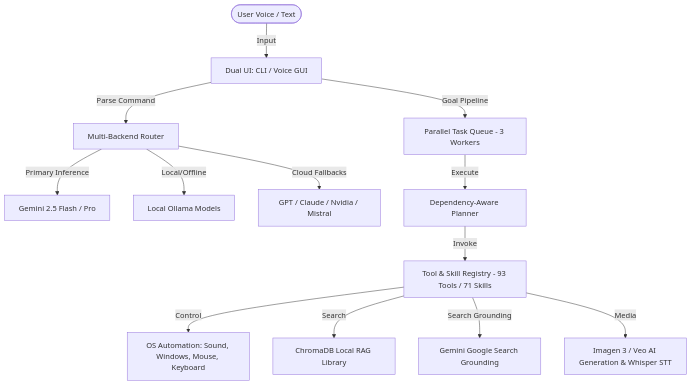
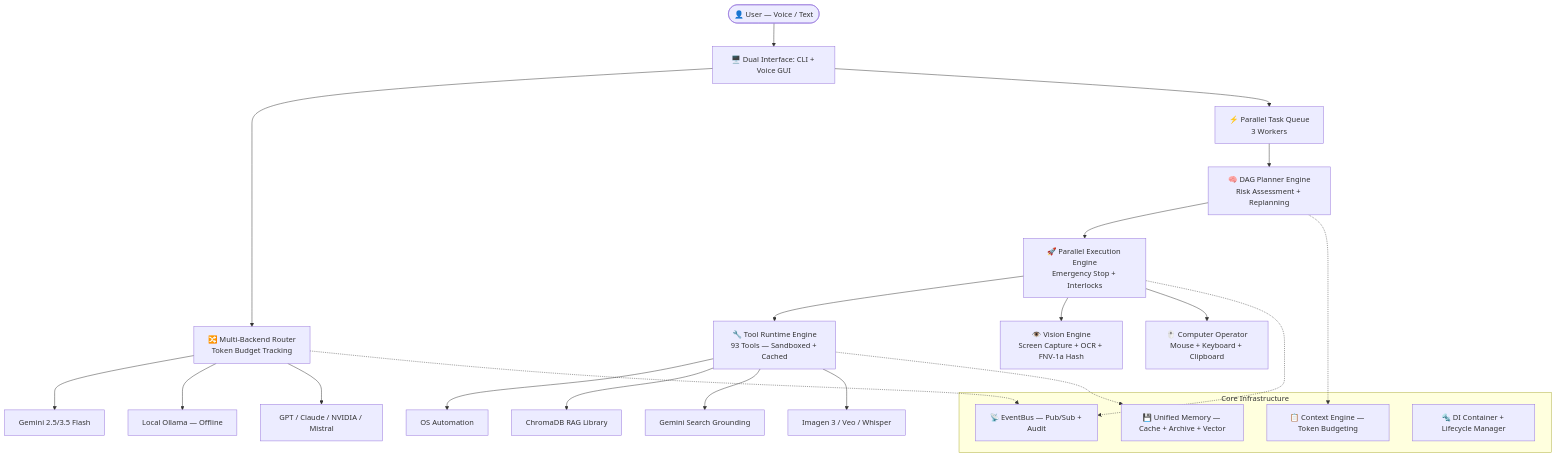
The diagram in readme.md (bharthraj1412/BrJarvis), drawn with Mermaid before and after one commit. The commit also changed other lines of this file, not shown here.

Commit message:
docs: Complete README rewrite — AI Operating System architecture, 12 subsystems, 45 tests, CI/CD, 6-phase roadmap

````diff
--- a/readme.md
+++ b/readme.md
@@ -25,19 +30,35 @@
 ```mermaid
 graph TD
-    User([User Voice / Text]) -->|Input| Interface[Dual UI: CLI / Voice GUI]
-    Interface -->|Parse Command| Router[Multi-Backend Router]
-    
-    Router -->|Primary Inference| Gemini[Gemini 2.5 Flash / Pro]
-    Router -->|Local/Offline| Ollama[Local Ollama Models]
-    Router -->|Cloud Fallbacks| Others[GPT / Claude / Nvidia / Mistral]
-    
-    Interface -->|Goal Pipeline| TaskQueue[Parallel Task Queue - 3 Workers]
-    TaskQueue -->|Execute| Planner[Dependency-Aware Planner]
-    
-    Planner -->|Invoke| ToolRegistry[Tool & Skill Registry - 93 Tools / 71 Skills]
-    
-    ToolRegistry -->|Control| Desktop[OS Automation: Sound, Windows, Mouse, Keyboard]
-    ToolRegistry -->|Search| RAG[ChromaDB Local RAG Library]
-    ToolRegistry -->|Search Grounding| Web[Gemini Google Search Grounding]
-    ToolRegistry -->|Media| AI[Imagen 3 / Veo AI Generation & Whisper STT]
+    User([👤 User — Voice / Text]) --> Interface[🖥️ Dual Interface: CLI + Voice GUI]
+
+    Interface --> Router[🔀 Multi-Backend Router<br/>Token Budget Tracking]
+    Interface --> TaskQueue[⚡ Parallel Task Queue<br/>3 Workers]
+
+    Router --> Gemini[Gemini 2.5/3.5 Flash]
+    Router --> Ollama[Local Ollama — Offline]
+    Router --> Others[GPT / Claude / NVIDIA / Mistral]
+
+    TaskQueue --> Planner[🧠 DAG Planner Engine<br/>Risk Assessment + Replanning]
+    Planner --> Executor[🚀 Parallel Execution Engine<br/>Emergency Stop + Interlocks]
+
+    Executor --> ToolRuntime[🔧 Tool Runtime Engine<br/>93 Tools — Sandboxed + Cached]
+    Executor --> VisionEngine[👁️ Vision Engine<br/>Screen Capture + OCR + FNV-1a Hash]
+    Executor --> ComputerOp[🖱️ Computer Operator<br/>Mouse + Keyboard + Clipboard]
+
+    ToolRuntime --> Desktop[OS Automation]
+    ToolRuntime --> RAG[ChromaDB RAG Library]
+    ToolRuntime --> Web[Gemini Search Grounding]
+    ToolRuntime --> AI[Imagen 3 / Veo / Whisper]
+
+    subgraph Core Infrastructure
+        EventBus[📡 EventBus — Pub/Sub + Audit]
+        Memory[💾 Unified Memory — Cache + Archive + Vector]
+        Context[📋 Context Engine — Token Budgeting]
+        DI[🔩 DI Container + Lifecycle Manager]
+    end
+
+    Executor -.-> EventBus
+    Router -.-> EventBus
+    ToolRuntime -.-> Memory
+    Planner -.-> Context
 ```
````
